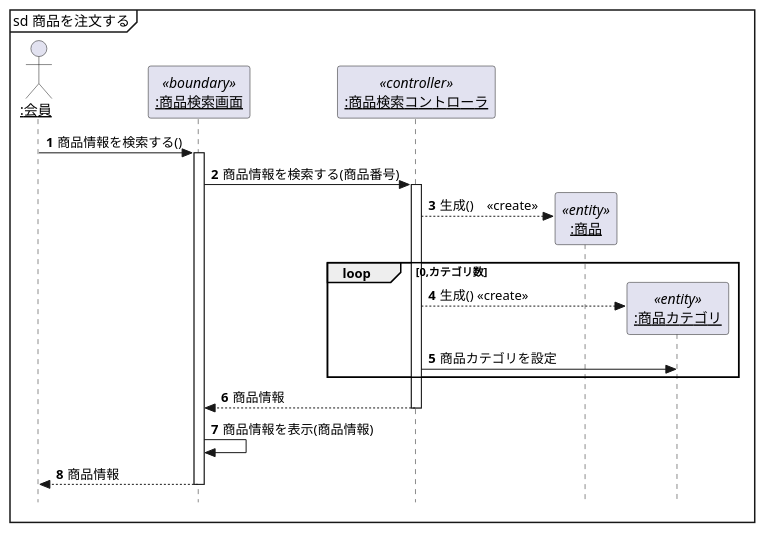
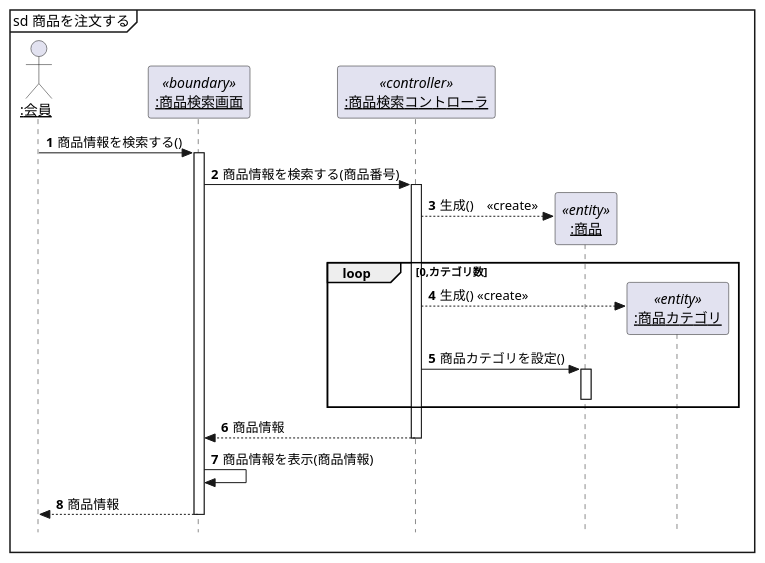
Before and after one commit to koha0516/uml-introduction: the diagram in 演習4-5_SD_商品情報検索.pu, drawn with PlantUML.

```diff
--- a/演習4-5_SD_商品情報検索.pu
+++ b/演習4-5_SD_商品情報検索.pu
@@ -1,32 +1,34 @@
 @startuml 商品を注文する
 hide footbox
 'メッセージに自動で番号を降る
 autonumber
 ' 厳密なUMLに準拠する
 skinparam style strictuml
 
 Actor "<u>:会員</u>" as member
 participant "<u>:商品検索画面</u>" as boundary <<boundary>>
 participant "<u>:商品検索コントローラ</u>" as controller <<controller>>
 
 
 mainframe sd 商品を注文する 
 
 member -> boundary : 商品情報を検索する()
     activate  boundary
     boundary -> controller : 商品情報を検索する(商品番号)
         activate controller
             create  "<u>:商品</u>" as goods <<entity>>
             controller --> goods : 生成()　<<create>>
             loop 0,カテゴリ数
                 create  "<u>:商品カテゴリ</u>" as cate <<entity>>
                 controller --> cate : 生成() <<create>>
-                    controller -> cate : 商品カテゴリを設定
+                    controller -> goods : 商品カテゴリを設定()
+                    activate goods
+                    deactivate goods
             end loop
             boundary <-- controller : 商品情報
         deactivate controller
     boundary -> boundary : 商品情報を表示(商品情報)    
     member <-- boundary : 商品情報
 deactivate boundary
 
 @enduml
```
